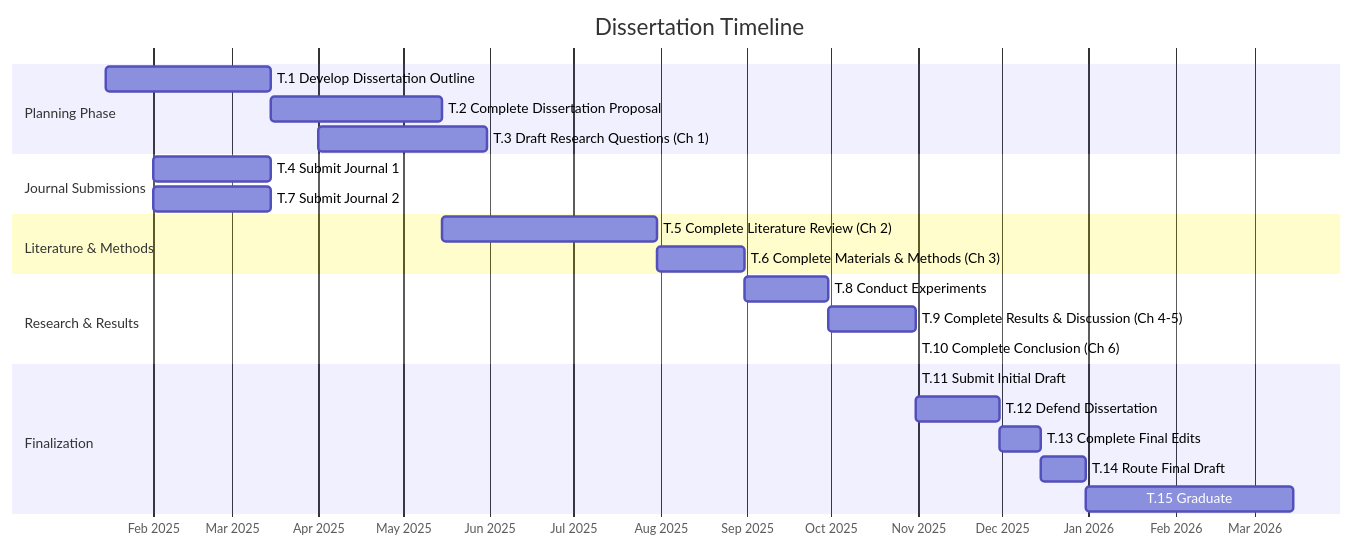
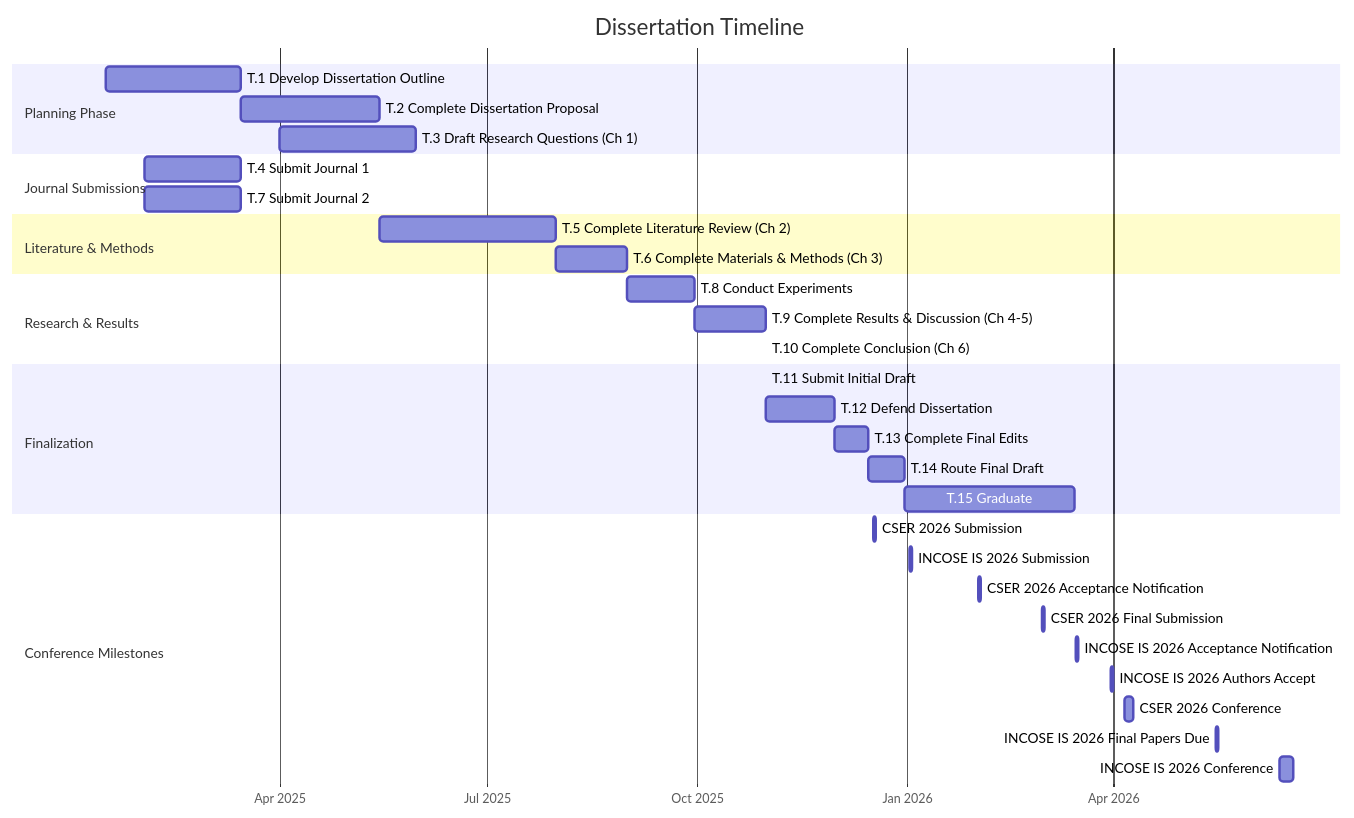
Before and after one commit to ryan-a-bell/dissertation: the second of 2 diagrams in README.md, drawn with Mermaid. The commit also changed other lines of this file, not shown here.

First line of the commit message:
Update README with current project structure and conference deadlines

````diff
--- a/README.md
+++ b/README.md
@@ -148,32 +149,43 @@
 ```mermaid
 gantt
     title Dissertation Timeline
     dateFormat  YYYY-MM-DD
     axisFormat %b %Y
     todayMarker on
-    
+
     section Planning Phase
     T.1 Develop Dissertation Outline       :t1, 2025-01-15, 2025-03-15
     T.2 Complete Dissertation Proposal     :t2, after t1, 2025-05-15
     T.3 Draft Research Questions (Ch 1)    :t3, 2025-04-01, 2025-05-31
-    
+
     section Journal Submissions
     T.4 Submit Journal 1                   :t4, 2025-02-01, 2025-03-15
     T.7 Submit Journal 2                   :t7, 2025-02-01, 2025-03-15
-    
+
     section Literature & Methods
     T.5 Complete Literature Review (Ch 2)  :t5, after t2, 2025-07-31
     T.6 Complete Materials & Methods (Ch 3):t6, after t5, 2025-08-31
-    
+
     section Research & Results
     T.8 Conduct Experiments                :t8, after t6, 2025-09-30
     T.9 Complete Results & Discussion (Ch 4-5) :t9, after t8, 2025-10-31
     T.10 Complete Conclusion (Ch 6)        :t10, after t9, 2025-10-31
-    
+
     section Finalization
     T.11 Submit Initial Draft              :t11, after t10, 2025-10-31
     T.12 Defend Dissertation               :t12, after t11, 2025-11-30
     T.13 Complete Final Edits              :t13, after t12, 2025-12-15
     T.14 Route Final Draft                 :t14, after t13, 2025-12-31
     T.15 Graduate                          :t15, after t14, 2026-03-15
+
+    section Conference Milestones
+    CSER 2026 Submission                   :cser1, 2025-12-17, 1d
+    INCOSE IS 2026 Submission              :incose1, 2026-01-02, 1d
+    CSER 2026 Acceptance Notification      :cser2, 2026-02-01, 1d
+    CSER 2026 Final Submission             :cser3, 2026-03-01, 1d
+    INCOSE IS 2026 Acceptance Notification :incose2, 2026-03-16, 1d
+    INCOSE IS 2026 Authors Accept          :incose3, 2026-03-31, 1d
+    CSER 2026 Conference                   :cser4, 2026-04-06, 4d
+    INCOSE IS 2026 Final Papers Due        :incose4, 2026-05-16, 1d
+    INCOSE IS 2026 Conference              :incose5, 2026-06-13, 6d
 ```
````
